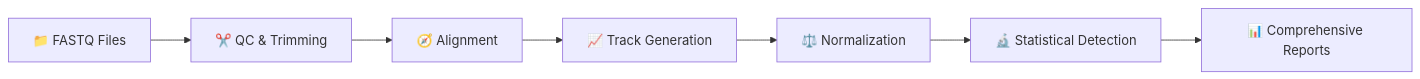
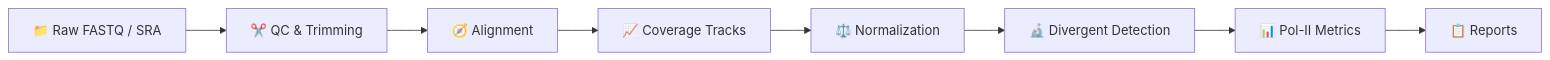
One commit to SerhatAktay/TrackTx changed the diagram in README.md. Above: the diagram before and after it, drawn with Mermaid. The commit also changed other lines of this file, not shown here.

````diff
--- a/README.md
+++ b/README.md
@@ -209,9 +127,10 @@
 ```mermaid
 graph LR
-    A[📁 FASTQ Files] --> B[✂️ QC & Trimming]
+    A[📁 Raw FASTQ / SRA] --> B[✂️ QC & Trimming]
     B --> C[🧭 Alignment]
-    C --> D[📈 Track Generation]
+    C --> D[📈 Coverage Tracks]
     D --> E[⚖️ Normalization]
-    E --> F[🔬 Statistical Detection]
-    F --> G[📊 Comprehensive Reports]
+    E --> F[🔬 Divergent Detection]
+    F --> G[📊 Pol-II Metrics]
+    G --> H[📋 Reports]
 ```
````
